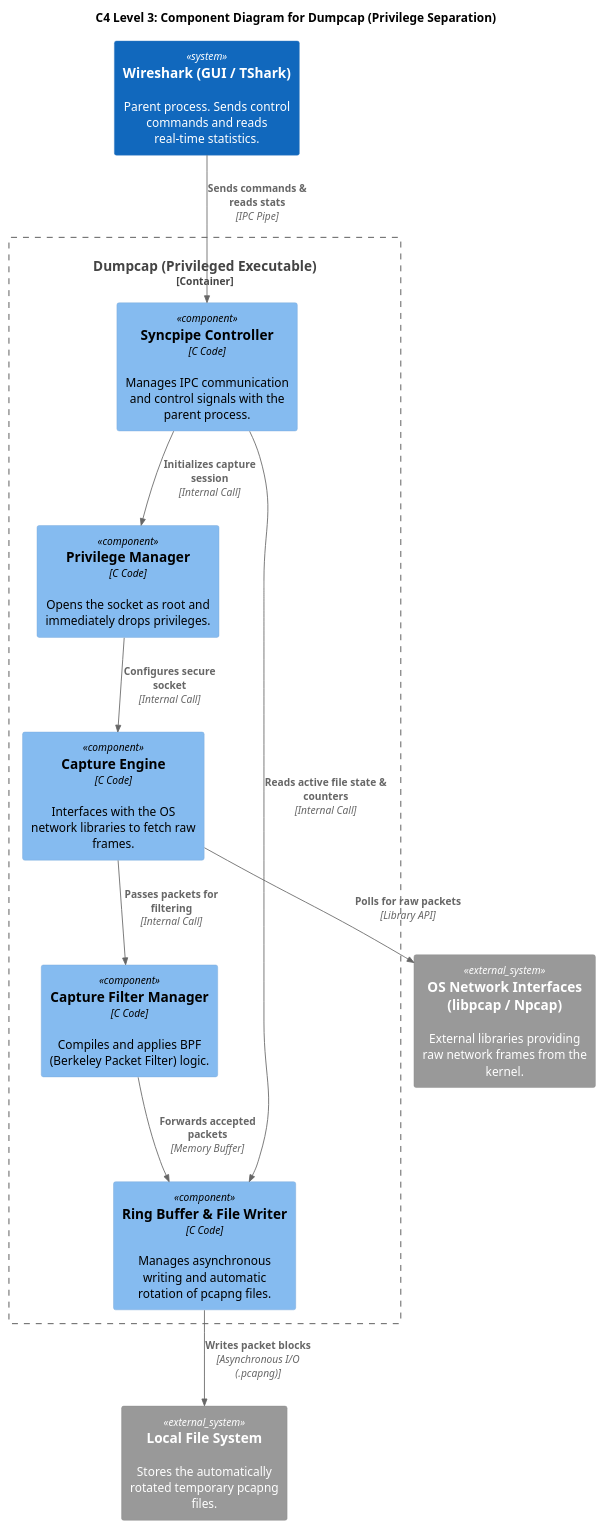
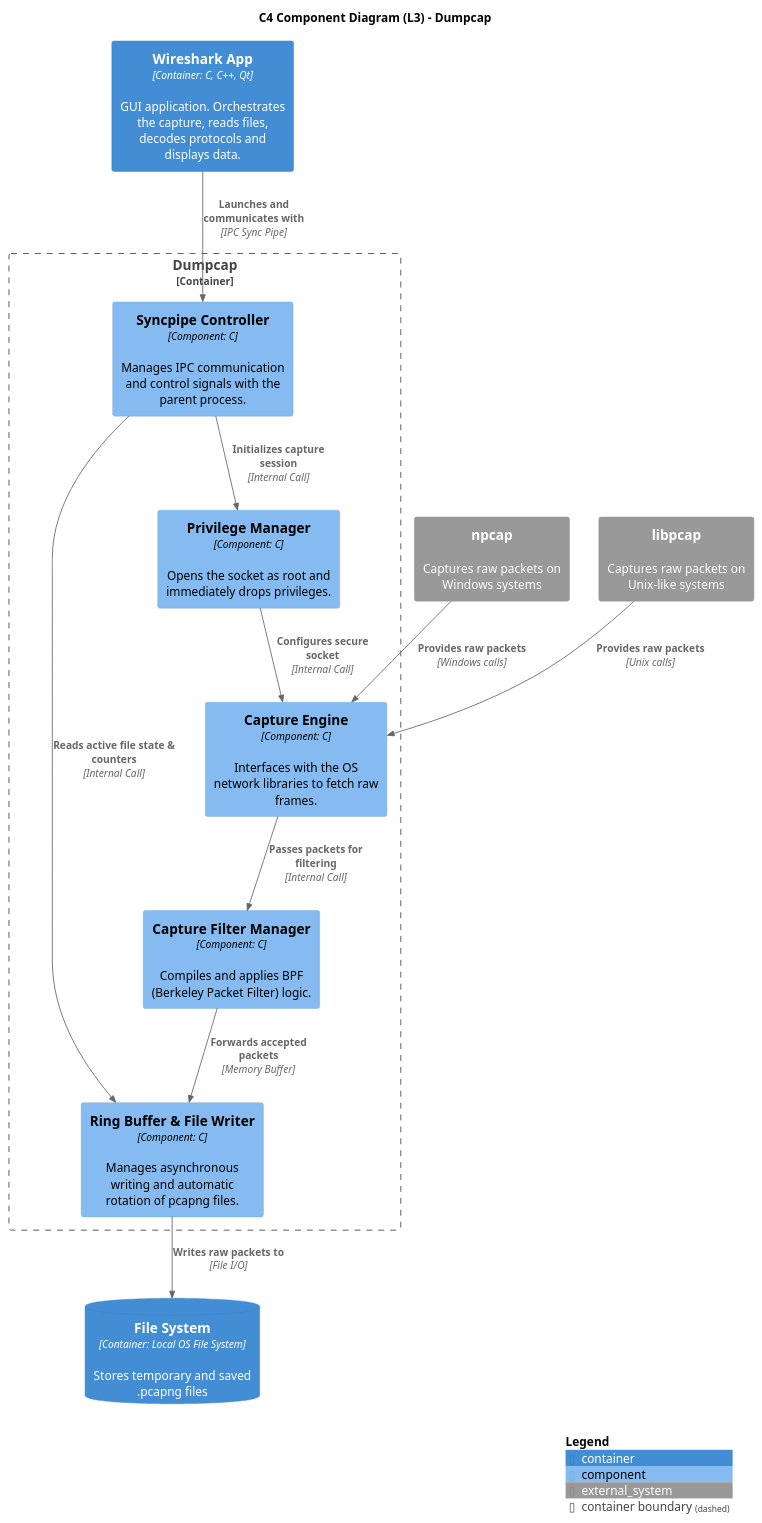
Before and after one commit to SDA-Team05/project-team05: the diagram in reports/architecture-diagrams/sketches/dumpcap.puml, drawn with PlantUML. The commit also changed 2 other files, not shown here.

Commit message:
updated diagrams

```diff
--- a/reports/architecture-diagrams/sketches/dumpcap.puml
+++ b/reports/architecture-diagrams/sketches/dumpcap.puml
@@ -1,31 +1,33 @@
-@startuml
+@startuml C4_Elements_L3
 !include https://raw.githubusercontent.com/plantuml-stdlib/C4-PlantUML/master/C4_Component.puml
 
-title C4 Level 3: Component Diagram for Dumpcap (Privilege Separation)
+title C4 Component Diagram (L3) - Dumpcap
 
 ' External Dependencies (Outside the Dumpcap boundary)
-System(wireshark, "Wireshark (GUI / TShark)", "Parent process. Sends control commands and reads real-time statistics.")
-System_Ext(file_system, "Local File System", "Stores the automatically rotated temporary pcapng files.")
-System_Ext(libpcap_npcap, "OS Network Interfaces (libpcap / Npcap)", "External libraries providing raw network frames from the kernel.")
+Container(wireshark, "Wireshark App", "Container: C, C++, Qt", "GUI application. Orchestrates the capture, reads files, decodes protocols and displays data.")
+ContainerDb(filesystem, "File System", "Container: Local OS File System", "Stores temporary and saved .pcapng files")
+System_Ext(npcap, "npcap", "Captures raw packets on Windows systems")
+System_Ext(libpcap, "libpcap", "Captures raw packets on Unix-like systems")
 
 ' Dumpcap Boundary
-Container_Boundary(dumpcap_res, "Dumpcap (Privileged Executable)") {
-    
-    Component(sync_pipe, "Syncpipe Controller", "C Code", "Manages IPC communication and control signals with the parent process.")
-    Component(priv_mgr, "Privilege Manager", "C Code", "Opens the socket as root and immediately drops privileges.")
-    Component(cap_eng, "Capture Engine", "C Code", "Interfaces with the OS network libraries to fetch raw frames.")
-    Component(bpf_mgr, "Capture Filter Manager", "C Code", "Compiles and applies BPF (Berkeley Packet Filter) logic.")
-    Component(file_writer, "Ring Buffer & File Writer", "C Code", "Manages asynchronous writing and automatic rotation of pcapng files.")
+Container_Boundary(dumpcap_res, "Dumpcap") {
+    Component(sync_pipe, "Syncpipe Controller", "Component: C", "Manages IPC communication and control signals with the parent process.")
+    Component(priv_mgr, "Privilege Manager", "Component: C", "Opens the socket as root and immediately drops privileges.")
+    Component(cap_eng, "Capture Engine", "Component: C", "Interfaces with the OS network libraries to fetch raw frames.")
+    Component(bpf_mgr, "Capture Filter Manager", "Component: C", "Compiles and applies BPF (Berkeley Packet Filter) logic.")
+    Component(file_writer, "Ring Buffer & File Writer", "Component: C", "Manages asynchronous writing and automatic rotation of pcapng files.")
 }
 
 ' Unidirectional Relationships (Dependency / Call Direction)
-Rel(wireshark, sync_pipe, "Sends commands & reads stats", "IPC Pipe")
+Rel(wireshark, sync_pipe, "Launches and communicates with", "IPC Sync Pipe")
 Rel(sync_pipe, priv_mgr, "Initializes capture session", "Internal Call")
 Rel(sync_pipe, file_writer, "Reads active file state & counters", "Internal Call")
 Rel(priv_mgr, cap_eng, "Configures secure socket", "Internal Call")
-Rel(cap_eng, libpcap_npcap, "Polls for raw packets", "Library API")
+Rel(npcap, cap_eng, "Provides raw packets", "Windows calls")
+Rel(libpcap, cap_eng, "Provides raw packets", "Unix calls")
 Rel(cap_eng, bpf_mgr, "Passes packets for filtering", "Internal Call")
 Rel(bpf_mgr, file_writer, "Forwards accepted packets", "Memory Buffer")
-Rel(file_writer, file_system, "Writes packet blocks", "Asynchronous I/O (.pcapng)")
+Rel(file_writer, filesystem, "Writes raw packets to", "File I/O")
 
+SHOW_LEGEND()
 @enduml
```
